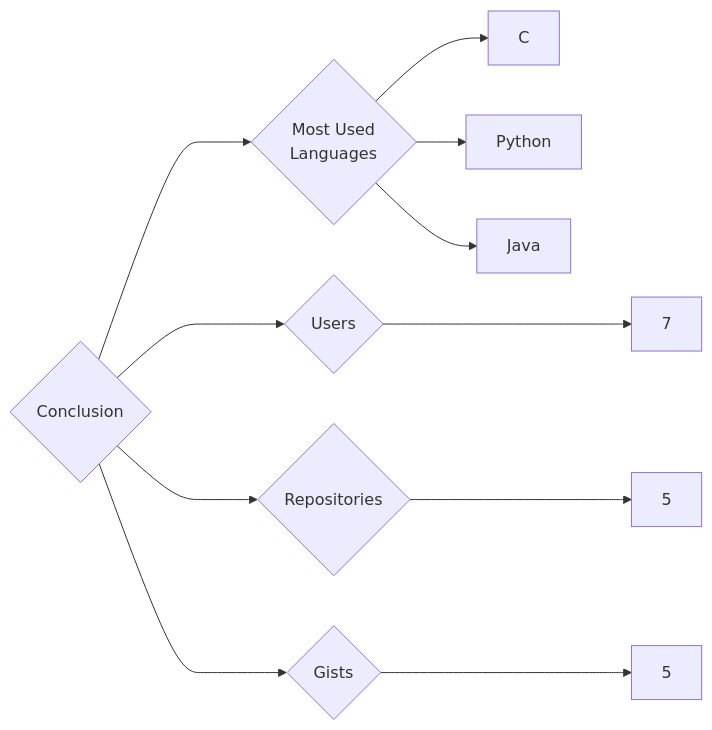
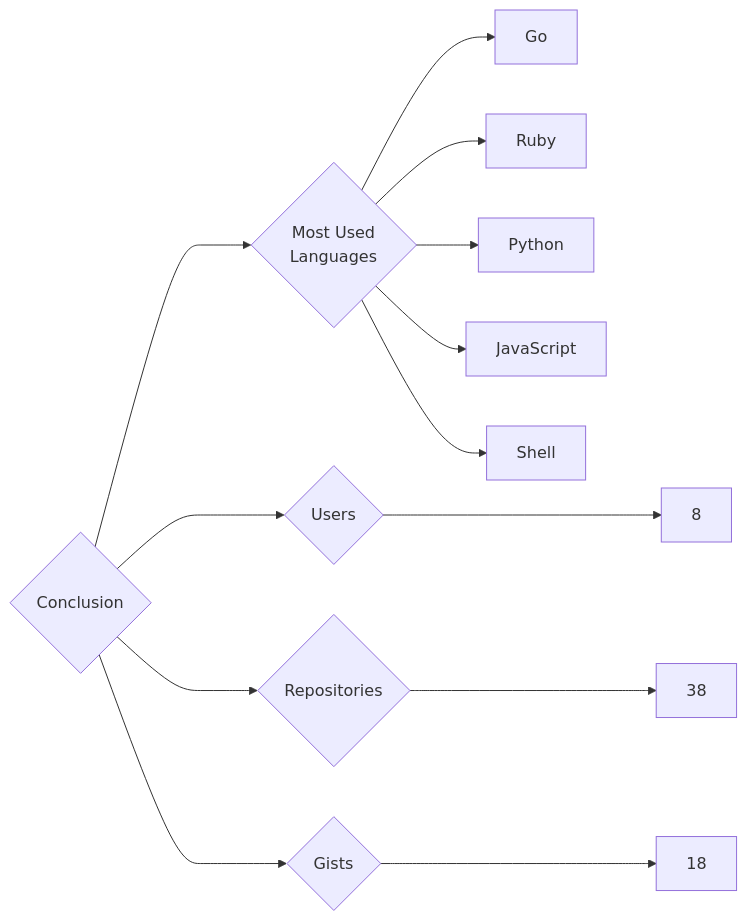
Before and after one commit to trickest/insiders: the diagram in targets/Conclusion/README.md, drawn with Mermaid. The commit also changed 1141 other files, not shown here.

````diff
--- a/targets/Conclusion/README.md
+++ b/targets/Conclusion/README.md
@@ -3,11 +3,13 @@
 ```mermaid
 graph LR
 COMPANY_NAME{Conclusion}
-COMPANY_NAME ---> U{Users} ---> UN[7]
-COMPANY_NAME ---> R{Repositories} ---> RN[5]
-COMPANY_NAME ---> G{Gists} ---> GN[5]
+COMPANY_NAME ---> U{Users} ---> UN[8]
+COMPANY_NAME ---> R{Repositories} ---> RN[38]
+COMPANY_NAME ---> G{Gists} ---> GN[18]
 COMPANY_NAME ---> ML{Most Used<br>Languages}
-ML --> C[C]
+ML --> Go[Go]
+ML --> Ruby[Ruby]
 ML --> Python[Python]
-ML --> Java[Java]
+ML --> JavaScript[JavaScript]
+ML --> Shell[Shell]
 ```
````
